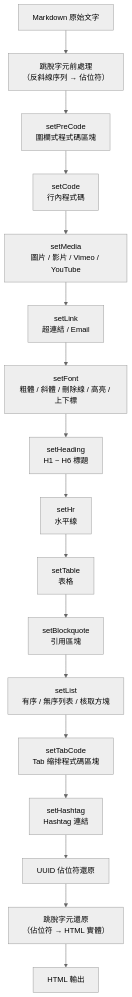
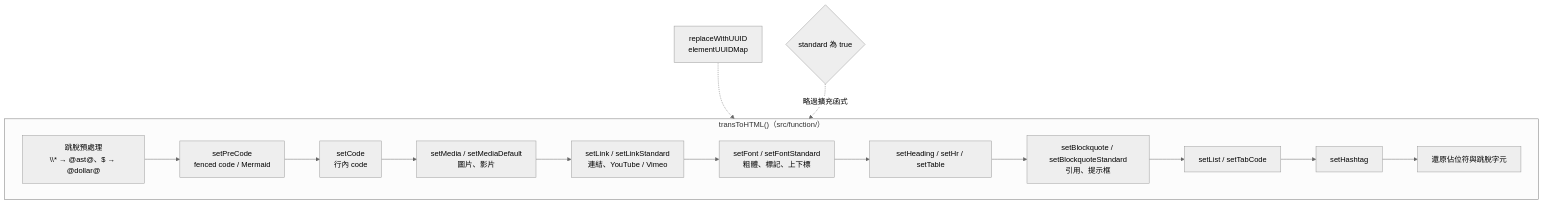
Before and after one commit to pardnchiu/NanoMD: the fourth of 7 diagrams in doc/architecture.zh.md, drawn with Mermaid (neutral theme). The commit also changed other lines of this file and 8 other files, not shown here.

````diff
--- a/doc/architecture.zh.md
+++ b/doc/architecture.zh.md
@@ -80,21 +78,19 @@
 ```mermaid
 graph TB
-    Input["Markdown 原始文字"] --> Escape["跳脫字元前處理<br/>（反斜線序列 → 佔位符）"]
-
-    Escape --> PreCode["setPreCode<br/>圍欄式程式碼區塊"]
-    PreCode --> Code["setCode<br/>行內程式碼"]
-    Code --> Media["setMedia<br/>圖片 / 影片 / Vimeo / YouTube"]
-    Media --> Link["setLink<br/>超連結 / Email"]
-    Link --> Font["setFont<br/>粗體 / 斜體 / 刪除線 / 高亮 / 上下標"]
-    Font --> Heading["setHeading<br/>H1 ~ H6 標題"]
-    Heading --> Hr["setHr<br/>水平線"]
-    Hr --> Table["setTable<br/>表格"]
-    Table --> Blockquote["setBlockquote<br/>引用區塊"]
-    Blockquote --> List["setList<br/>有序 / 無序列表 / 核取方塊"]
-    List --> TabCode["setTabCode<br/>Tab 縮排程式碼區塊"]
-    TabCode --> Hashtag["setHashtag<br/>Hashtag 連結"]
-
-    Hashtag --> UUID["UUID 佔位符還原"]
-    UUID --> Cleanup["跳脫字元還原<br/>（佔位符 → HTML 實體）"]
-    Cleanup --> Output["HTML 輸出"]
+    subgraph Pipeline["transToHTML()（src/function/）"]
+        Escape[跳脫預處理<br/>\\* → @ast@、$ → @dollar@]
+        Pre[setPreCode<br/>fenced code / Mermaid]
+        Code[setCode<br/>行內 code]
+        Media[setMedia / setMediaDefault<br/>圖片、影片]
+        Link[setLink / setLinkStandard<br/>連結、YouTube / Vimeo]
+        Font[setFont / setFontStandard<br/>粗體、標記、上下標]
+        Block[setHeading / setHr / setTable]
+        Quote[setBlockquote / setBlockquoteStandard<br/>引用、提示框]
+        List[setList / setTabCode]
+        Tag[setHashtag]
+        Restore[還原佔位符與跳脫字元]
+        Escape --> Pre --> Code --> Media --> Link --> Font --> Block --> Quote --> List --> Tag --> Restore
+    end
+    UUID[replaceWithUUID<br/>elementUUIDMap] -.-> Pipeline
+    Standard{standard 為 true} -.->|略過擴充函式| Pipeline
 ```
````
